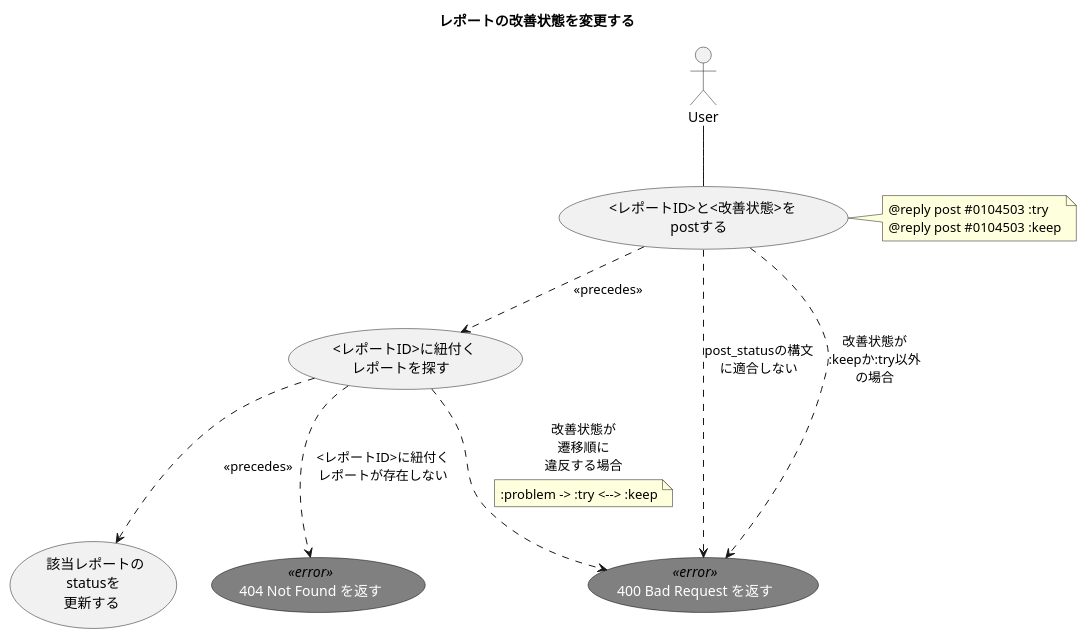
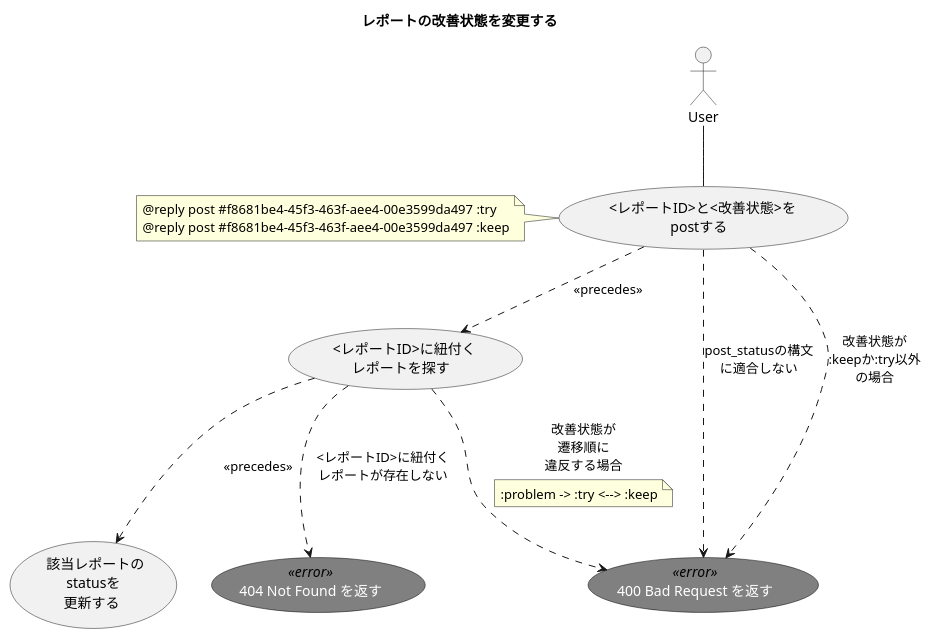
The diagram in 1.design/2.usecases/post-report-change-status.md (ito-masam/kpt-guard.doc), drawn with PlantUML before and after one commit. The commit also changed 9 other files, not shown here.

```diff
--- a/1.design/2.usecases/post-report-change-status.md
+++ b/1.design/2.usecases/post-report-change-status.md
@@ -1,39 +1,39 @@
 @startuml
 
     ' ----------- meta
     title レポートの改善状態を変更する
 
     skinparam usecase {
       FontColor<<error>> white
       FontName<<error>> Verdana
       BackgroundColor<<error>> gray
       BorderColor<<error>> black
     }
 
     actor User
 
     ' ----------- main
     User -- ( <レポートID>と<改善状態>を\npostする )
     ( <レポートID>と<改善状態>を\npostする ) ..> ( <レポートID>に紐付く\nレポートを探す ) : << precedes >>
     ( <レポートID>に紐付く\nレポートを探す ) ..> ( 該当レポートの\nstatusを\n更新する ) : << precedes >>
 
-    note right of ( <レポートID>と<改善状態>を\npostする )
-      @reply post #0104503 :try
-      @reply post #0104503 :keep
+    note left of ( <レポートID>と<改善状態>を\npostする )
+      @reply post #f8681be4-45f3-463f-aee4-00e3599da497 :try
+      @reply post #f8681be4-45f3-463f-aee4-00e3599da497 :keep
     end note
 
     ' ----------- alternative
     ( 400 Bad Request を返す ) <<error>>
     ( <レポートID>と<改善状態>を\npostする ) ..> ( 400 Bad Request を返す ) : post_statusの構文\nに適合しない
 
     ( 404 Not Found を返す ) <<error>>
     ( <レポートID>に紐付く\nレポートを探す ) ..> ( 404 Not Found を返す ) : <レポートID>に紐付く\nレポートが存在しない
 
     ( 400 Bad Request を返す ) <<error>>
     ( <レポートID>と<改善状態>を\npostする ) ..> ( 400 Bad Request を返す ) : 改善状態が\n:keepか:try以外\nの場合
     ( <レポートID>に紐付く\nレポートを探す ) ..> ( 400 Bad Request を返す ) : 改善状態が\n遷移順に\n違反する場合
     note on link
       :problem -> :try <--> :keep
     end note
 
 @enduml
```
